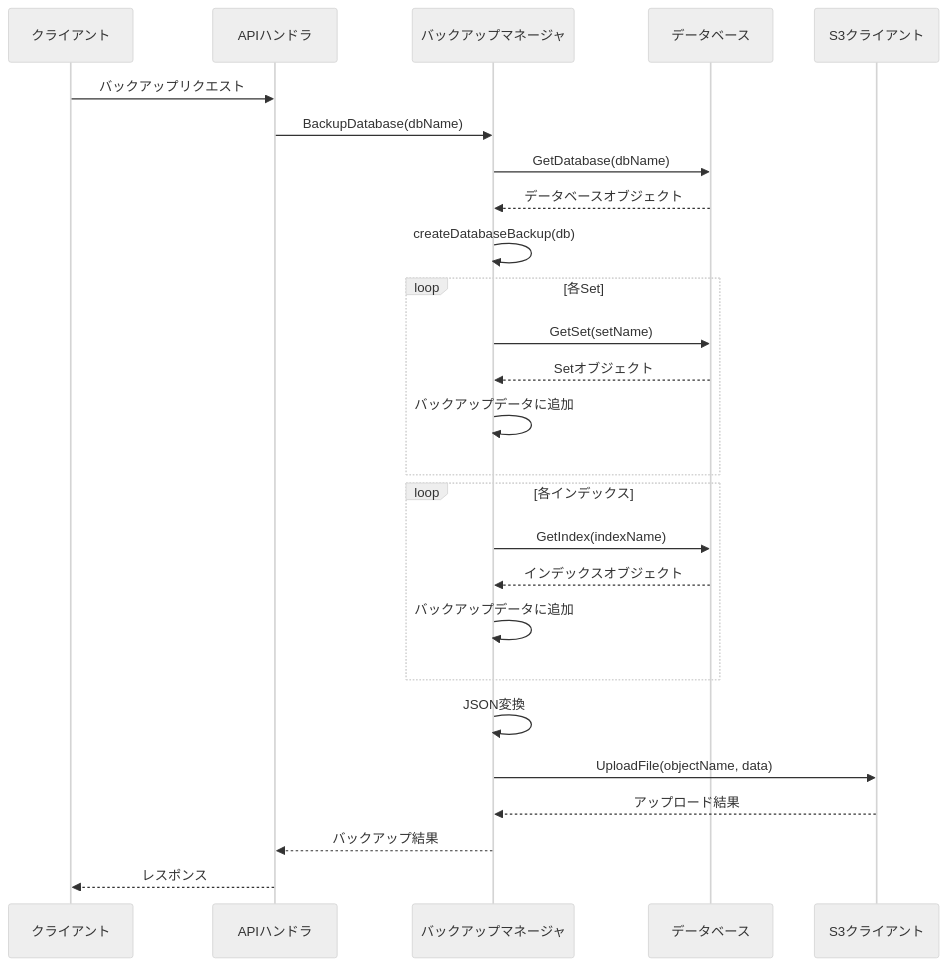
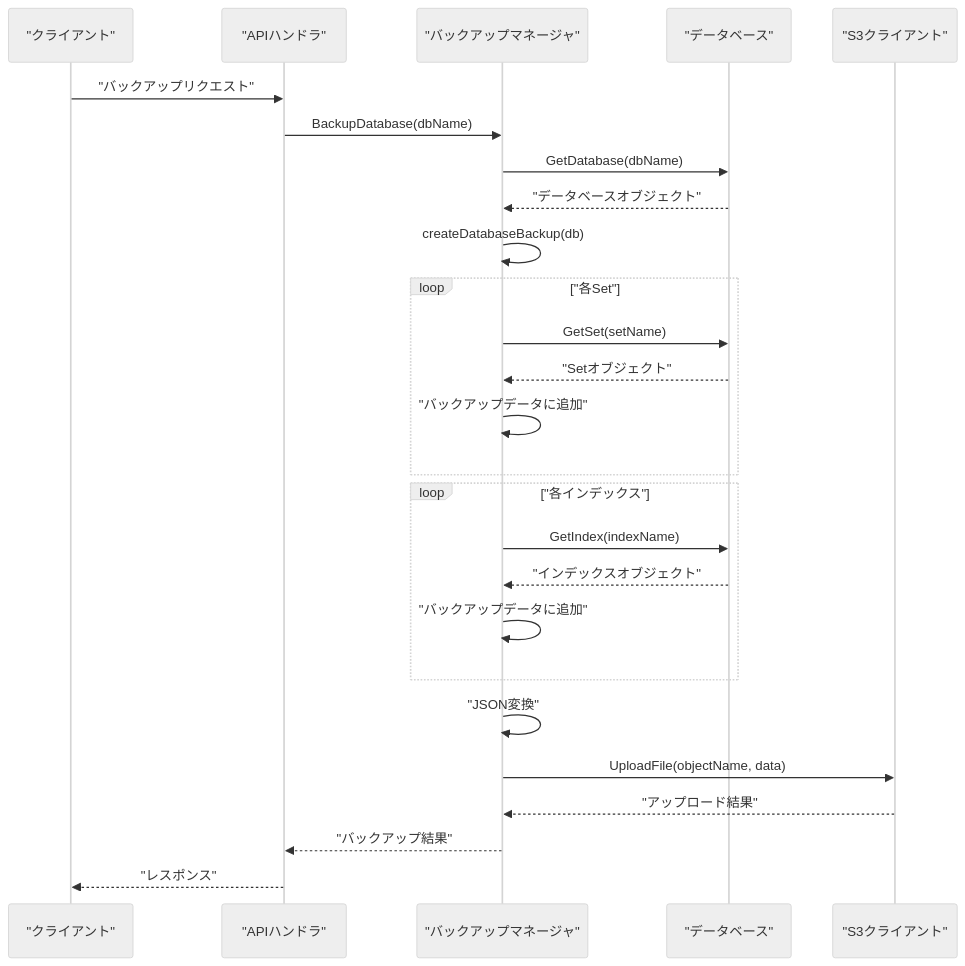
Before and after one commit to ssig33/fuckbase: the fifth of 8 diagrams in textbooks/06_s3_backup.md, drawn with Mermaid (neutral theme). The commit also changed other lines of this file and 6 other files, not shown here.

Commit message:
Fix Mermaid diagrams by properly enclosing Japanese text in double quotes to prevent control character misinterpretation

````diff
--- a/textbooks/06_s3_backup.md
+++ b/textbooks/06_s3_backup.md
@@ -114,33 +114,33 @@
 ```mermaid
 sequenceDiagram
-    participant Client as クライアント
-    participant Handler as APIハンドラ
-    participant BM as バックアップマネージャ
-    participant DB as データベース
-    participant S3 as S3クライアント
+    participant Client as "クライアント"
+    participant Handler as "APIハンドラ"
+    participant BM as "バックアップマネージャ"
+    participant DB as "データベース"
+    participant S3 as "S3クライアント"
     
-    Client->>Handler: バックアップリクエスト
+    Client->>Handler: "バックアップリクエスト"
     Handler->>BM: BackupDatabase(dbName)
     BM->>DB: GetDatabase(dbName)
-    DB-->>BM: データベースオブジェクト
+    DB-->>BM: "データベースオブジェクト"
     
     BM->>BM: createDatabaseBackup(db)
     
-    loop 各Set
+    loop "各Set"
         BM->>DB: GetSet(setName)
-        DB-->>BM: Setオブジェクト
-        BM->>BM: バックアップデータに追加
+        DB-->>BM: "Setオブジェクト"
+        BM->>BM: "バックアップデータに追加"
     end
     
-    loop 各インデックス
+    loop "各インデックス"
         BM->>DB: GetIndex(indexName)
-        DB-->>BM: インデックスオブジェクト
-        BM->>BM: バックアップデータに追加
+        DB-->>BM: "インデックスオブジェクト"
+        BM->>BM: "バックアップデータに追加"
     end
     
-    BM->>BM: JSON変換
+    BM->>BM: "JSON変換"
     BM->>S3: UploadFile(objectName, data)
-    S3-->>BM: アップロード結果
-    BM-->>Handler: バックアップ結果
-    Handler-->>Client: レスポンス
+    S3-->>BM: "アップロード結果"
+    BM-->>Handler: "バックアップ結果"
+    Handler-->>Client: "レスポンス"
 ```
````
